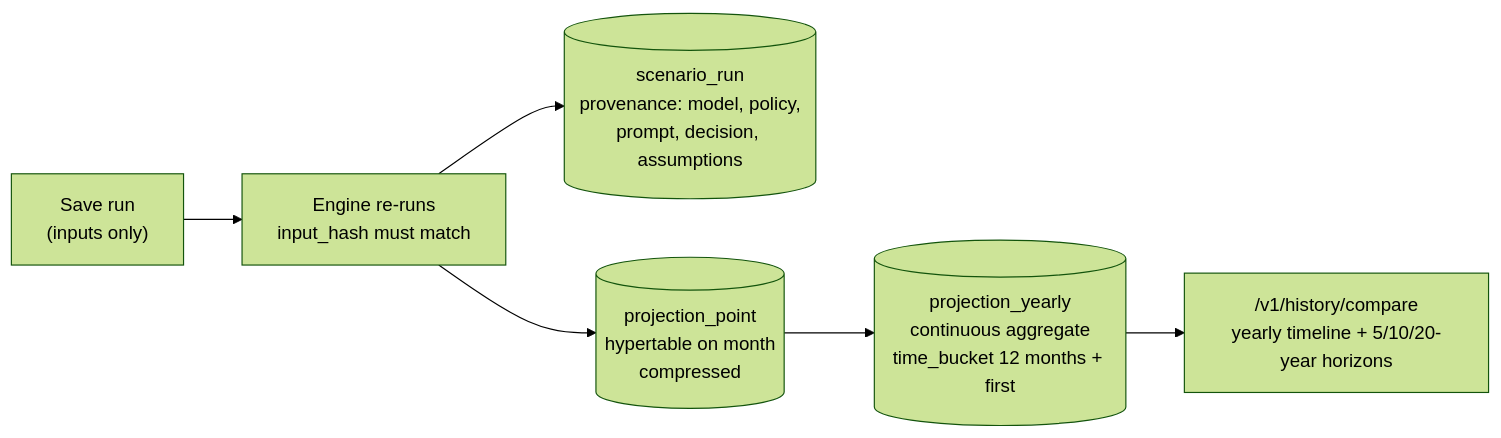
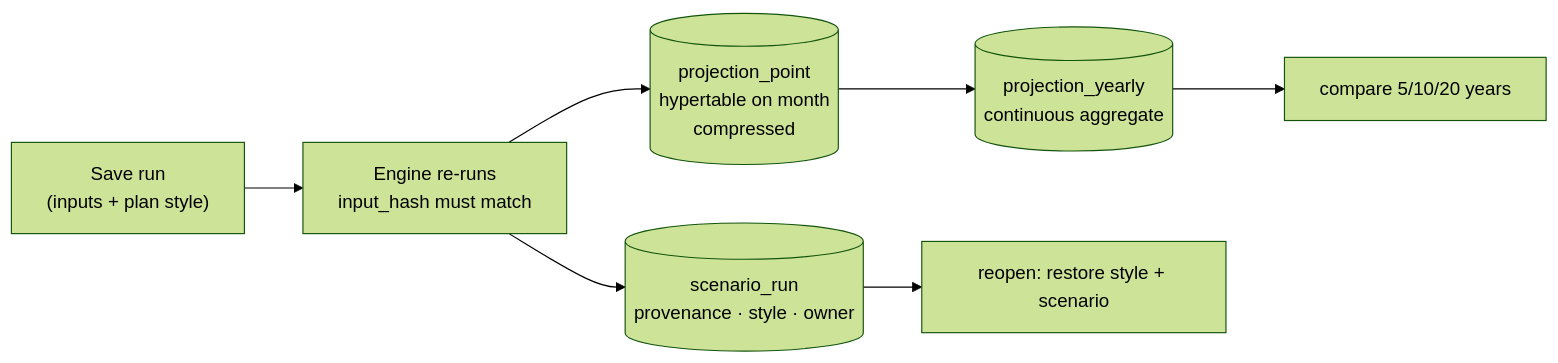
One commit to TheCoderrrrr/HackUMBC changed the third of 3 diagrams in README.md. Above: the diagram before and after it, drawn with Mermaid (forest theme). The commit also changed other lines of this file and 19 other files, not shown here.

````diff
--- a/README.md
+++ b/README.md
@@ -225,8 +187,9 @@
 ```mermaid
 flowchart LR
-    save["Save run<br/>(inputs only)"] --> recompute["Engine re-runs<br/>input_hash must match"]
-    recompute --> run[("scenario_run<br/>provenance: model, policy,<br/>prompt, decision, assumptions")]
+    save["Save run<br/>(inputs + plan style)"] --> recompute["Engine re-runs<br/>input_hash must match"]
+    recompute --> run[("scenario_run<br/>provenance · style · owner")]
     recompute --> points[("projection_point<br/>hypertable on month<br/>compressed")]
-    points --> cagg[("projection_yearly<br/>continuous aggregate<br/>time_bucket 12 months + first")]
-    cagg --> compare["/v1/history/compare<br/>yearly timeline + 5/10/20-year horizons"]
+    points --> cagg[("projection_yearly<br/>continuous aggregate")]
+    cagg --> compare["compare 5/10/20 years"]
+    run --> reopen["reopen: restore style + scenario"]
 ```
````
